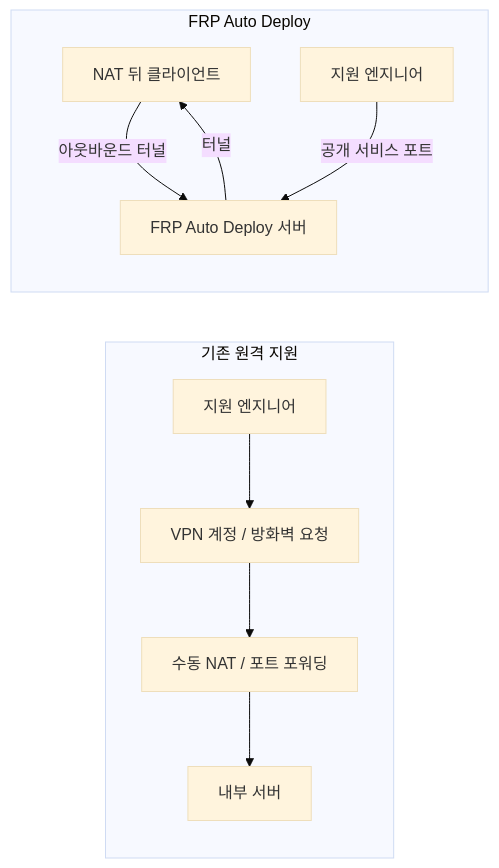
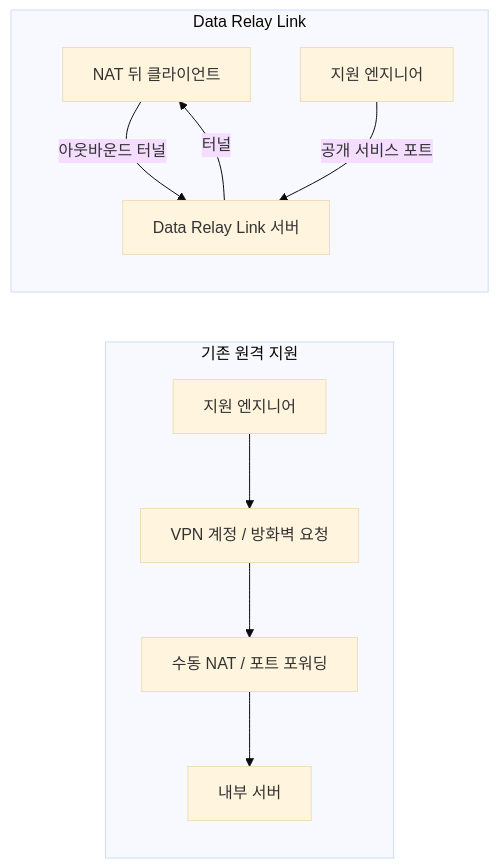
Before and after one commit to datarelay-labs/data-relay-link-docs: the first of 4 diagrams in ko/getting-started/concepts.mdx, drawn with Mermaid (base theme). The commit also changed other lines of this file and 32 other files, not shown here.

````diff
--- a/ko/getting-started/concepts.mdx
+++ b/ko/getting-started/concepts.mdx
@@ -18,14 +18,14 @@
 ```mermaid
 flowchart LR
     subgraph BEFORE[기존 원격 지원]
       O1[지원 엔지니어] --> V[VPN 계정 / 방화벽 요청]
       V --> N[수동 NAT / 포트 포워딩]
       N --> H1[내부 서버]
     end
 
-    subgraph AFTER[FRP Auto Deploy]
-      C[NAT 뒤 클라이언트] -->|아웃바운드 터널| S[FRP Auto Deploy 서버]
+    subgraph AFTER[Data Relay Link]
+      C[NAT 뒤 클라이언트] -->|아웃바운드 터널| S[Data Relay Link 서버]
       O2[지원 엔지니어] -->|공개 서비스 포트| S
       S -->|터널| C
     end
 ```
````
